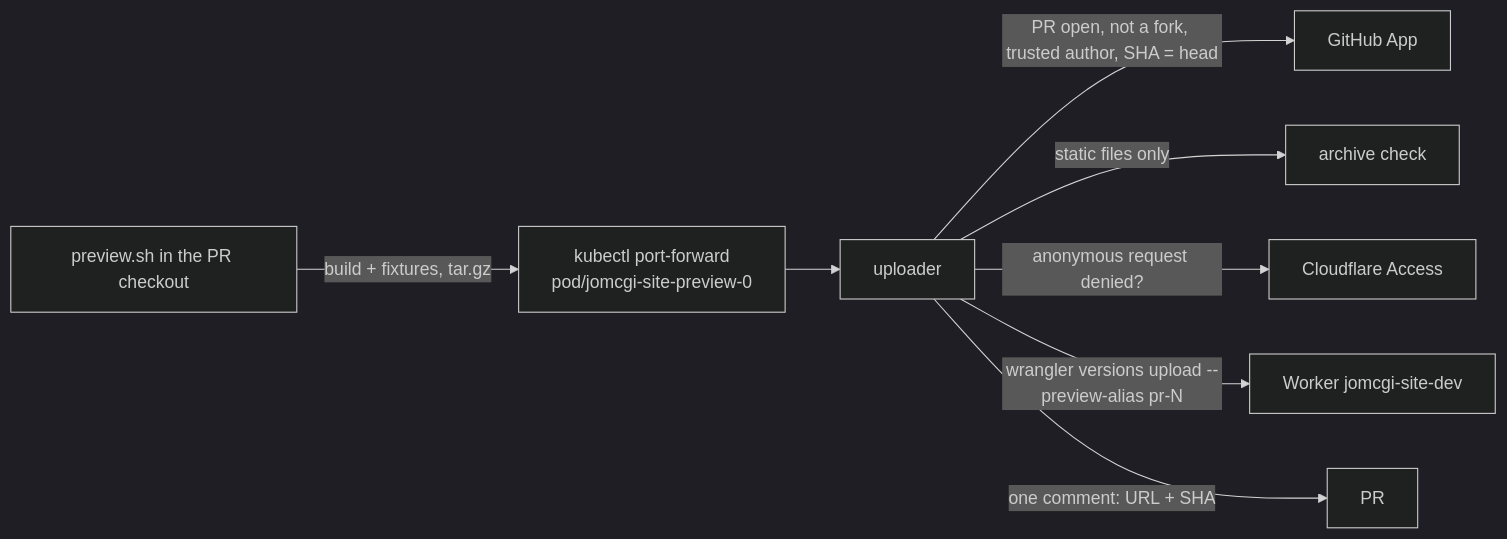
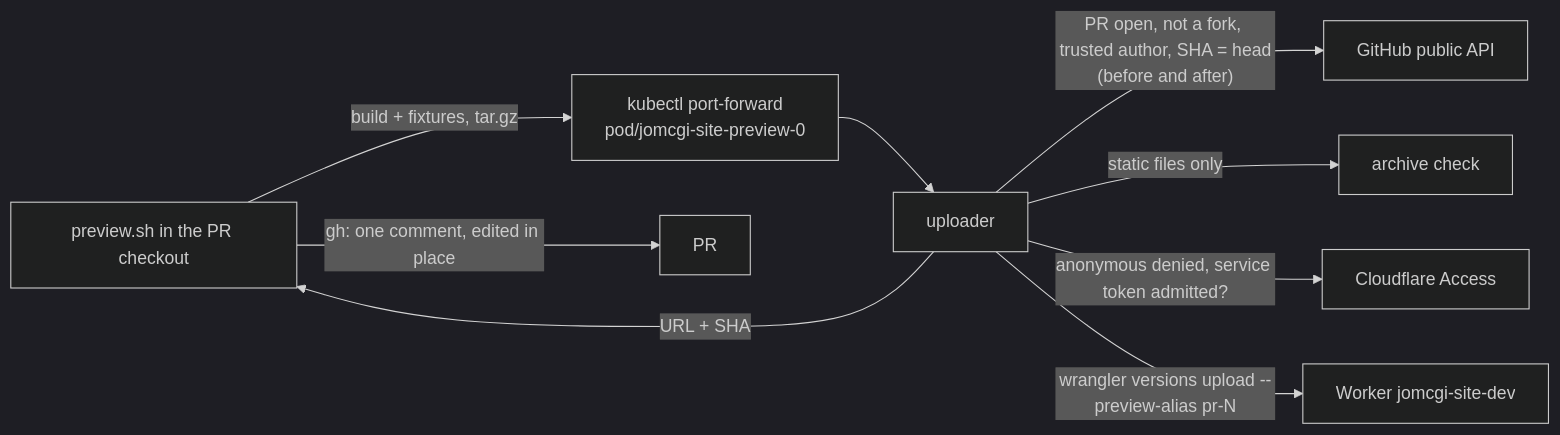
One commit to jomcgi-org/homelab changed the first of 2 diagrams in projects/jomcgi-site/README.md. Above: the diagram before and after it, drawn with Mermaid (dark theme). The commit also changed other lines of this file and 13 other files, not shown here.

````diff
--- a/projects/jomcgi-site/README.md
+++ b/projects/jomcgi-site/README.md
@@ -378,10 +380,11 @@
 ```mermaid
 flowchart LR
   S["preview.sh in the PR checkout"] -->|"build + fixtures, tar.gz"| F["kubectl port-forward<br/>pod/jomcgi-site-preview-0"]
   F --> U[uploader]
-  U -->|"PR open, not a fork, trusted author, SHA = head"| G[GitHub App]
+  U -->|"PR open, not a fork, trusted author, SHA = head<br/>(before and after)"| G[GitHub public API]
   U -->|"static files only"| V[archive check]
-  U -->|"anonymous request denied?"| A[Cloudflare Access]
+  U -->|"anonymous denied, service token admitted?"| A[Cloudflare Access]
   U -->|"wrangler versions upload --preview-alias pr-N"| W[Worker jomcgi-site-dev]
-  U -->|"one comment: URL + SHA"| P[PR]
+  U -->|"URL + SHA"| S
+  S -->|"gh: one comment, edited in place"| P[PR]
 ```
````
